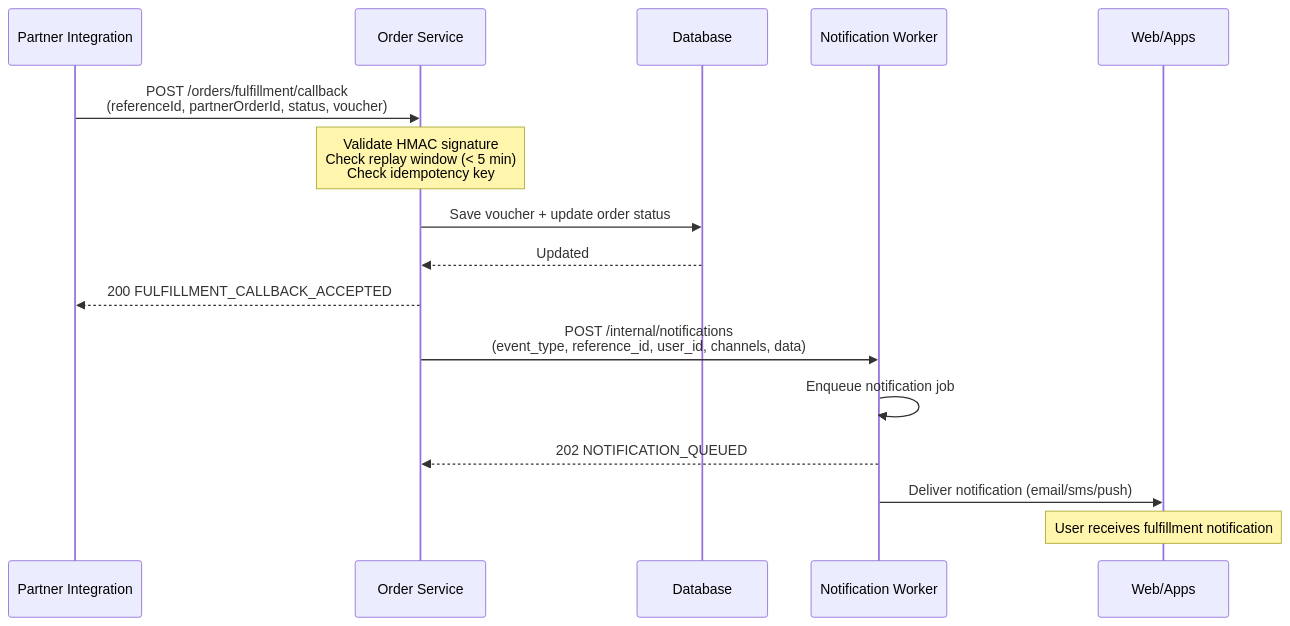
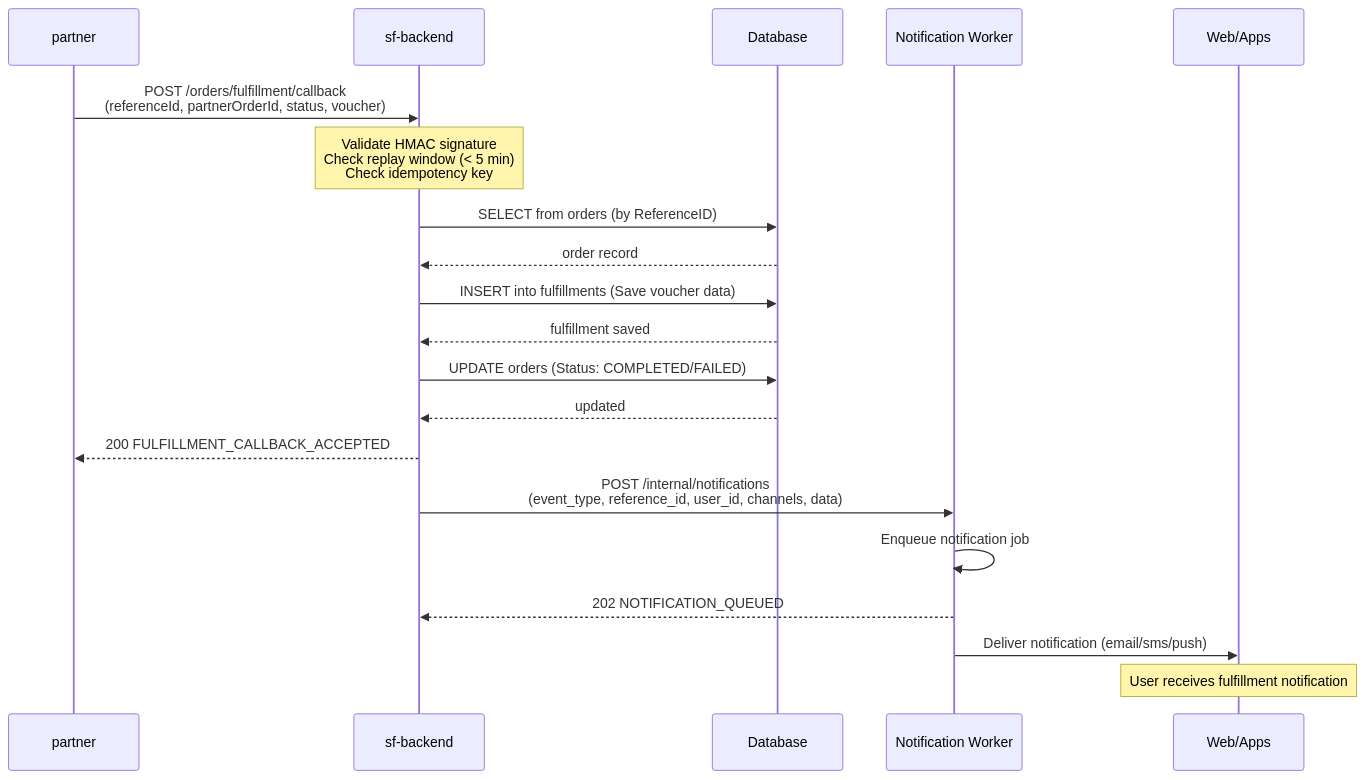
Before and after one commit to jafarrohmadi/xl-test: the second of 3 diagrams in api-contract/sf-backend/sequence.md, drawn with Mermaid. The commit also changed other lines of this file and 3308 other files, not shown here.

First line of the commit message:
feat: implement complete microservices architecture with documentation

````diff
--- a/api-contract/sf-backend/sequence.md
+++ b/api-contract/sf-backend/sequence.md
@@ -45,22 +64,26 @@
 ```mermaid
 sequenceDiagram
-    participant PI as Partner Integration
-    participant OS as Order Service
-    participant DB as Database
-    participant NW as Notification Worker
-    participant WA as Web/Apps
+    participant Partner as partner
+    participant Backend as sf-backend
+    participant Database as Database
+    participant NotificationWorker as Notification Worker
+    participant WebApps as Web/Apps
 
-    PI->>OS: POST /orders/fulfillment/callback<br/>(referenceId, partnerOrderId, status, voucher)
-    Note over OS: Validate HMAC signature<br/>Check replay window (< 5 min)<br/>Check idempotency key
+    Partner->>Backend: POST /orders/fulfillment/callback<br/>(referenceId, partnerOrderId, status, voucher)
+    Note over Backend: Validate HMAC signature<br/>Check replay window (< 5 min)<br/>Check idempotency key
 
-    OS->>DB: Save voucher + update order status
-    DB-->>OS: Updated
+    Backend->>Database: SELECT from orders (by ReferenceID)
+    Database-->>Backend: order record
+    Backend->>Database: INSERT into fulfillments (Save voucher data)
+    Database-->>Backend: fulfillment saved
+    Backend->>Database: UPDATE orders (Status: COMPLETED/FAILED)
+    Database-->>Backend: updated
 
-    OS-->>PI: 200 FULFILLMENT_CALLBACK_ACCEPTED
+    Backend-->>Partner: 200 FULFILLMENT_CALLBACK_ACCEPTED
 
-    OS->>NW: POST /internal/notifications<br/>(event_type, reference_id, user_id, channels, data)
-    NW->>NW: Enqueue notification job
-    NW-->>OS: 202 NOTIFICATION_QUEUED
-    NW->>WA: Deliver notification (email/sms/push)
-    Note over WA: User receives fulfillment notification
+    Backend->>NotificationWorker: POST /internal/notifications<br/>(event_type, reference_id, user_id, channels, data)
+    NotificationWorker->>NotificationWorker: Enqueue notification job
+    NotificationWorker-->>Backend: 202 NOTIFICATION_QUEUED
+    NotificationWorker->>WebApps: Deliver notification (email/sms/push)
+    Note over WebApps: User receives fulfillment notification
 ```
````
